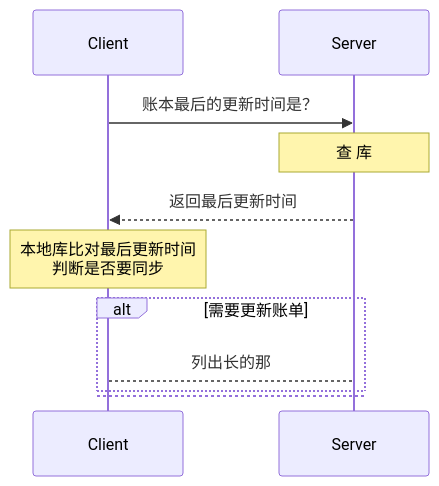
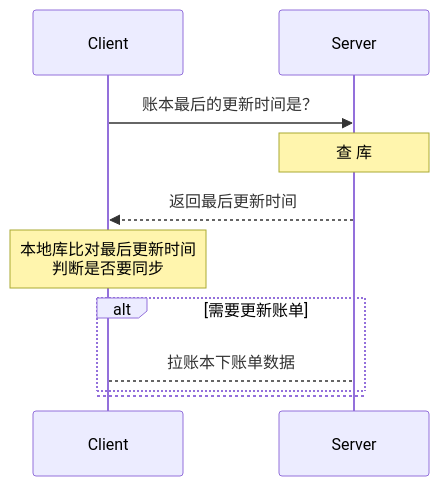
One commit to RUANHAOANDROID/heji changed the first of 2 diagrams in client/docs/sync.md. Above: the diagram before and after it, drawn with Mermaid. The commit also changed 1 other file, not shown here.

Commit message:
更新docs

````diff
--- a/client/docs/sync.md
+++ b/client/docs/sync.md
@@ -15,13 +15,13 @@
 ```mermaid
 sequenceDiagram
     participant Client
     participant Server
     Client->>Server: 账本最后的更新时间是？
 	Note over Server :   查 库
 	Server-->> Client :返回最后更新时间
 	Note over Client:本地库比对最后更新时间<br>判断是否要同步
 	alt 需要更新账单
-		Client -->Server:列出长的那	
+		Client -->Server:拉账本下账单数据	
 	else
 	end 
 ```
````
